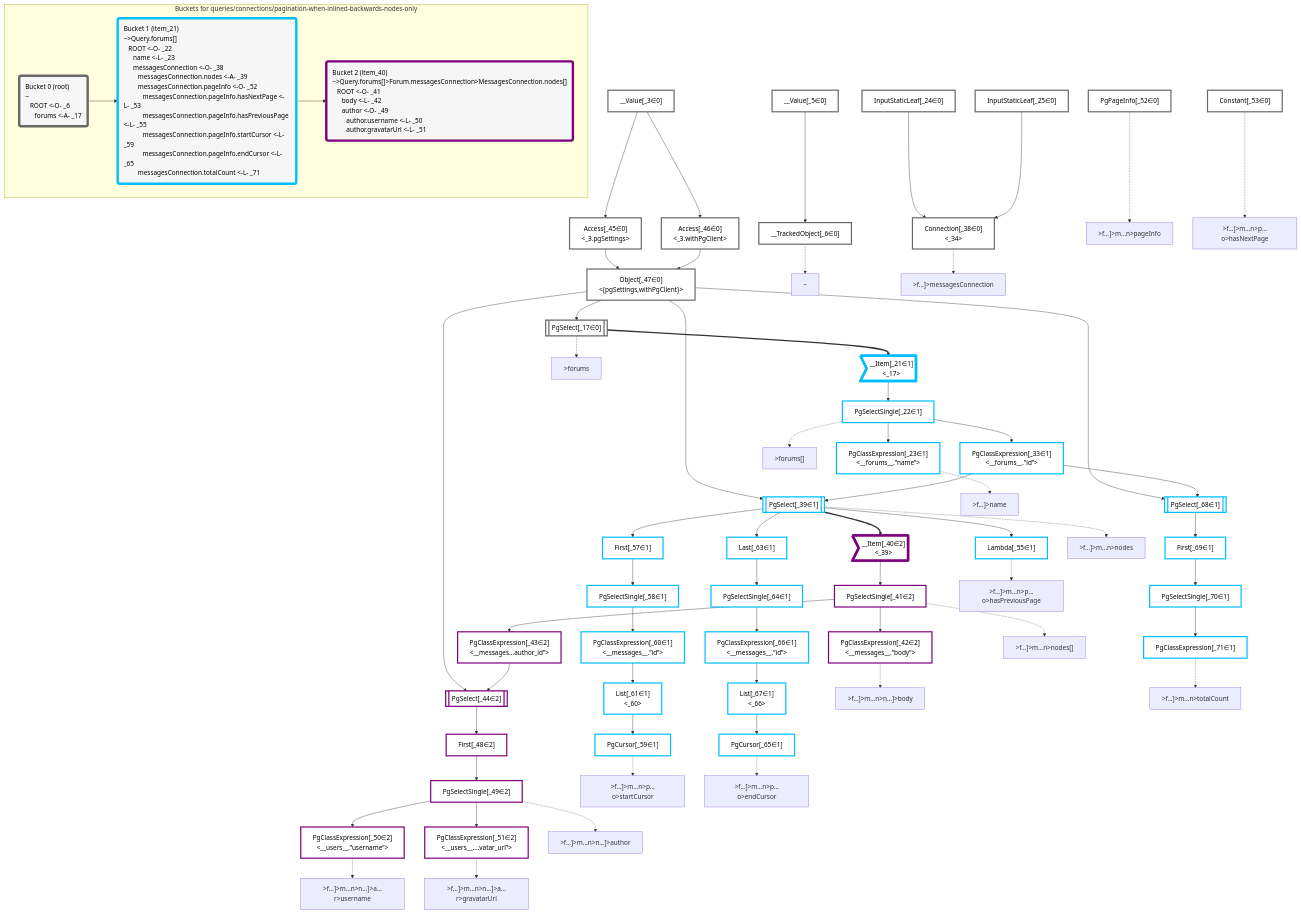
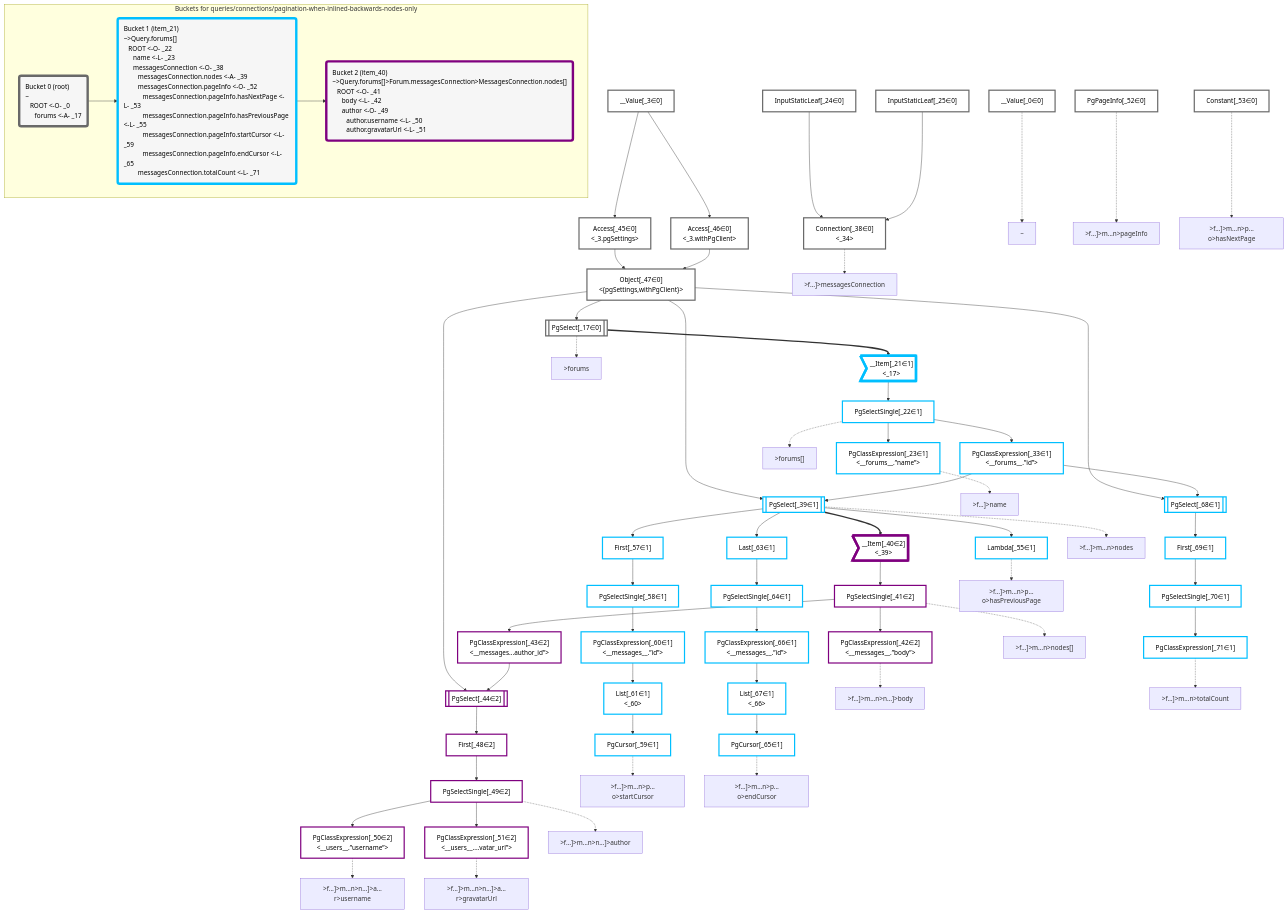
One commit to graphile/crystal changed the diagram in packages/dataplan-pg/__tests__/queries/connections/pagination-when-inlined-backwards-nodes-only.deopt.mermaid.md. Above: the diagram before and after it, drawn with Mermaid. The commit also changed 193 other files, not shown here.

Commit message:
Update test plan snapshots with new root plan

```diff
--- a/packages/dataplan-pg/__tests__/queries/connections/pagination-when-inlined-backwards-nodes-only.deopt.mermaid.md
+++ b/packages/dataplan-pg/__tests__/queries/connections/pagination-when-inlined-backwards-nodes-only.deopt.mermaid.md
@@ -8,9 +8,8 @@
 
 
     %% define plans
+    __Value_0["__Value[_0∈0]"]:::plan
     __Value_3["__Value[_3∈0]<br /><context>"]:::plan
-    __Value_5["__Value[_5∈0]<br /><rootValue>"]:::plan
-    __TrackedObject_6["__TrackedObject[_6∈0]"]:::plan
     PgSelect_17[["PgSelect[_17∈0]<br /><forums>"]]:::plan
     __Item_21>"__Item[_21∈1]<br /><_17>"]:::itemplan
     PgSelectSingle_22["PgSelectSingle[_22∈1]<br /><forums>"]:::plan
@@ -51,7 +50,6 @@
     PgClassExpression_71["PgClassExpression[_71∈1]<br /><count(*)>"]:::plan
 
     %% plan dependencies
-    __Value_5 --> __TrackedObject_6
     Object_47 --> PgSelect_17
     PgSelect_17 ==> __Item_21
     __Item_21 --> PgSelectSingle_22
@@ -93,8 +91,8 @@
     PgSelectSingle_70 --> PgClassExpression_71
 
     %% plan-to-path relationships
-    P_6["~"]
-    __TrackedObject_6 -.-> P_6
+    P_0["~"]
+    __Value_0 -.-> P_0
     P_17[">forums"]
     PgSelect_17 -.-> P_17
     P_22[">forums[]"]
@@ -130,14 +128,14 @@
 
     %% allocate buckets
     classDef bucket0 stroke:#696969
-    class __Value_3,__Value_5,__TrackedObject_6,PgSelect_17,InputStaticLeaf_24,InputStaticLeaf_25,Connection_38,Access_45,Access_46,Object_47,PgPageInfo_52,Constant_53 bucket0
+    class __Value_0,__Value_3,PgSelect_17,InputStaticLeaf_24,InputStaticLeaf_25,Connection_38,Access_45,Access_46,Object_47,PgPageInfo_52,Constant_53 bucket0
     classDef bucket1 stroke:#00bfff
     class __Item_21,PgSelectSingle_22,PgClassExpression_23,PgClassExpression_33,PgSelect_39,Lambda_55,First_57,PgSelectSingle_58,PgCursor_59,PgClassExpression_60,List_61,Last_63,PgSelectSingle_64,PgCursor_65,PgClassExpression_66,List_67,PgSelect_68,First_69,PgSelectSingle_70,PgClassExpression_71 bucket1
     classDef bucket2 stroke:#7f007f
     class __Item_40,PgSelectSingle_41,PgClassExpression_42,PgClassExpression_43,PgSelect_44,First_48,PgSelectSingle_49,PgClassExpression_50,PgClassExpression_51 bucket2
 
     subgraph "Buckets for queries/connections/pagination-when-inlined-backwards-nodes-only"
-    Bucket0("Bucket 0 (root)<br />~<br />⠀ROOT <-O- _6<br />⠀⠀forums <-A- _17"):::bucket
+    Bucket0("Bucket 0 (root)<br />~<br />⠀ROOT <-O- _0<br />⠀⠀forums <-A- _17"):::bucket
     style Bucket0 stroke:#696969
     Bucket1("Bucket 1 (item_21)<br />~>Query.forums[]<br />⠀ROOT <-O- _22<br />⠀⠀name <-L- _23<br />⠀⠀messagesConnection <-O- _38<br />⠀⠀⠀messagesConnection.nodes <-A- _39<br />⠀⠀⠀messagesConnection.pageInfo <-O- _52<br />⠀⠀⠀⠀messagesConnection.pageInfo.hasNextPage <-L- _53<br />⠀⠀⠀⠀messagesConnection.pageInfo.hasPreviousPage <-L- _55<br />⠀⠀⠀⠀messagesConnection.pageInfo.startCursor <-L- _59<br />⠀⠀⠀⠀messagesConnection.pageInfo.endCursor <-L- _65<br />⠀⠀⠀messagesConnection.totalCount <-L- _71"):::bucket
     style Bucket1 stroke:#00bfff
```
